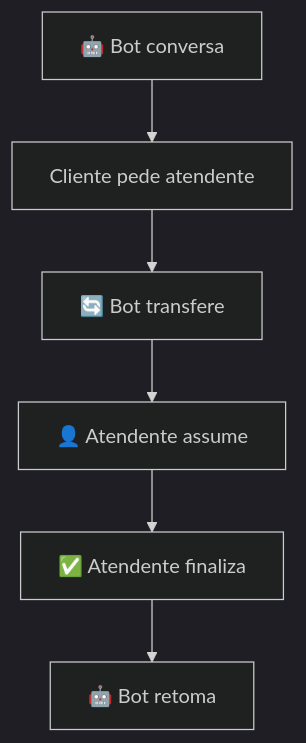
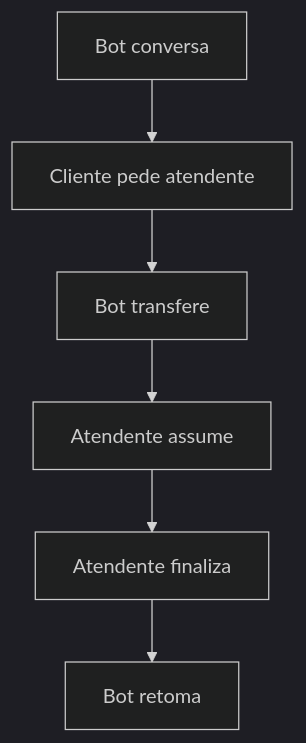
Before and after one commit to AgendoCerto/docs: the third of 3 diagrams in contents/guides/bots.md, drawn with Mermaid (dark theme). The commit also changed other lines of this file and 6 other files, not shown here.

````diff
--- a/contents/guides/bots.md
+++ b/contents/guides/bots.md
@@ -231,8 +220,8 @@
 ```mermaid
 graph TD
-    A[🤖 Bot conversa] --> B[Cliente pede atendente]
-    B --> C[🔄 Bot transfere]
-    C --> D[👤 Atendente assume]
-    D --> E[✅ Atendente finaliza]
-    E --> F[🤖 Bot retoma]
+    A[Bot conversa] --> B[Cliente pede atendente]
+    B --> C[Bot transfere]
+    C --> D[Atendente assume]
+    D --> E[Atendente finaliza]
+    E --> F[Bot retoma]
 ```
````
